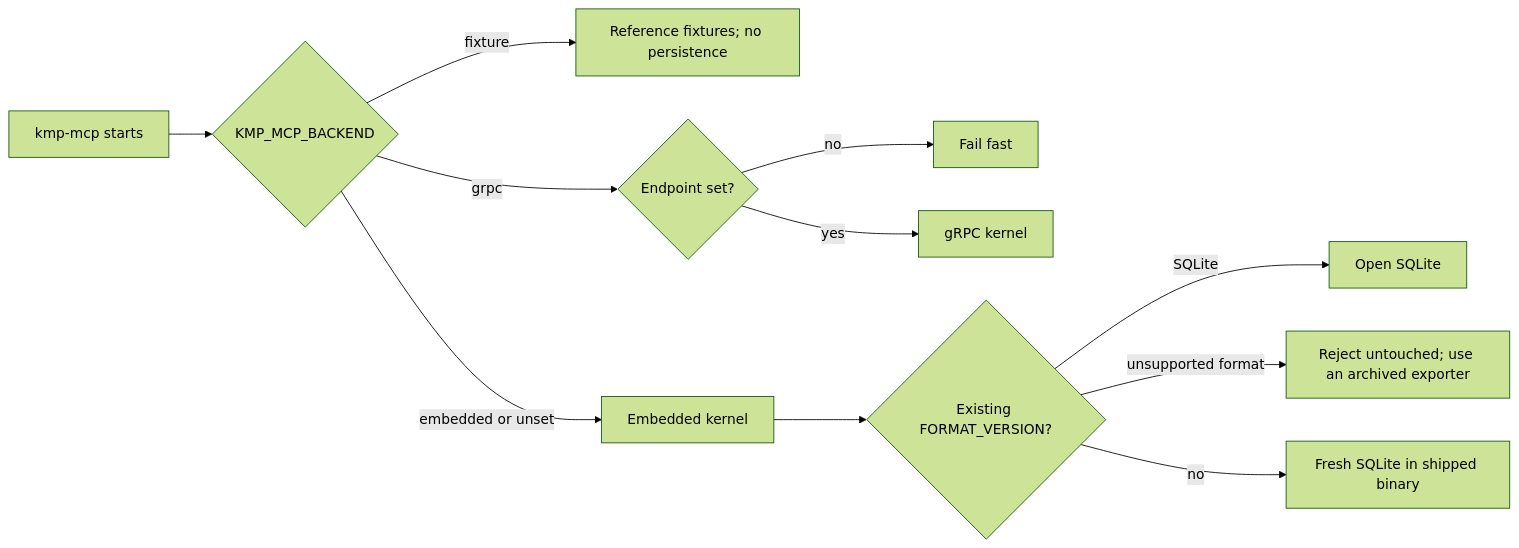
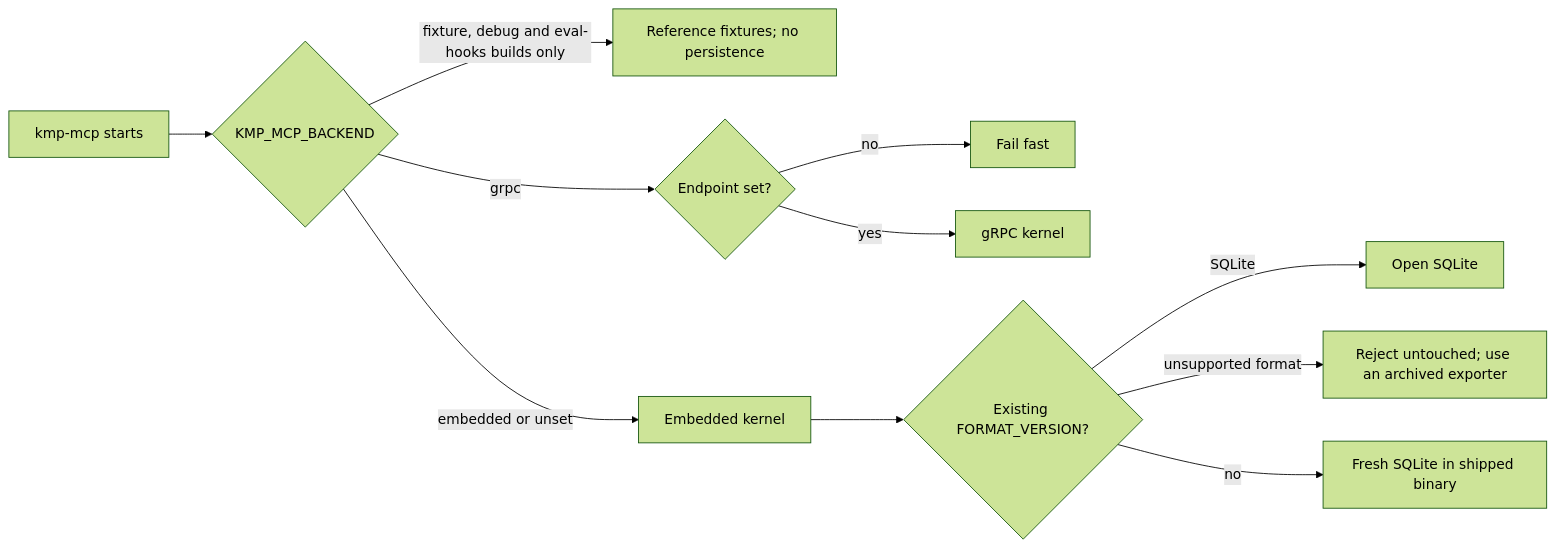
Before and after one commit to underpass-ai/kmp: the fourth of 4 diagrams in docs/architecture/README.md, drawn with Mermaid (forest theme). The commit also changed other lines of this file and 31 other files, not shown here.

````diff
--- a/docs/architecture/README.md
+++ b/docs/architecture/README.md
@@ -141,13 +151,13 @@
 ```mermaid
 flowchart LR
     START[kmp-mcp starts] --> B{KMP_MCP_BACKEND}
-    B -->|fixture| F[Reference fixtures; no persistence]
+    B -->|fixture, debug and eval-hooks builds only| F[Reference fixtures; no persistence]
     B -->|grpc| R{Endpoint set?}
     R -->|no| FAIL[Fail fast]
     R -->|yes| G[gRPC kernel]
     B -->|embedded or unset| E[Embedded kernel]
     E --> D{Existing FORMAT_VERSION?}
     D -->|SQLite| X[Open SQLite]
     D -->|unsupported format| L[Reject untouched; use an archived exporter]
     D -->|no| Q[Fresh SQLite in shipped binary]
 ```
````
